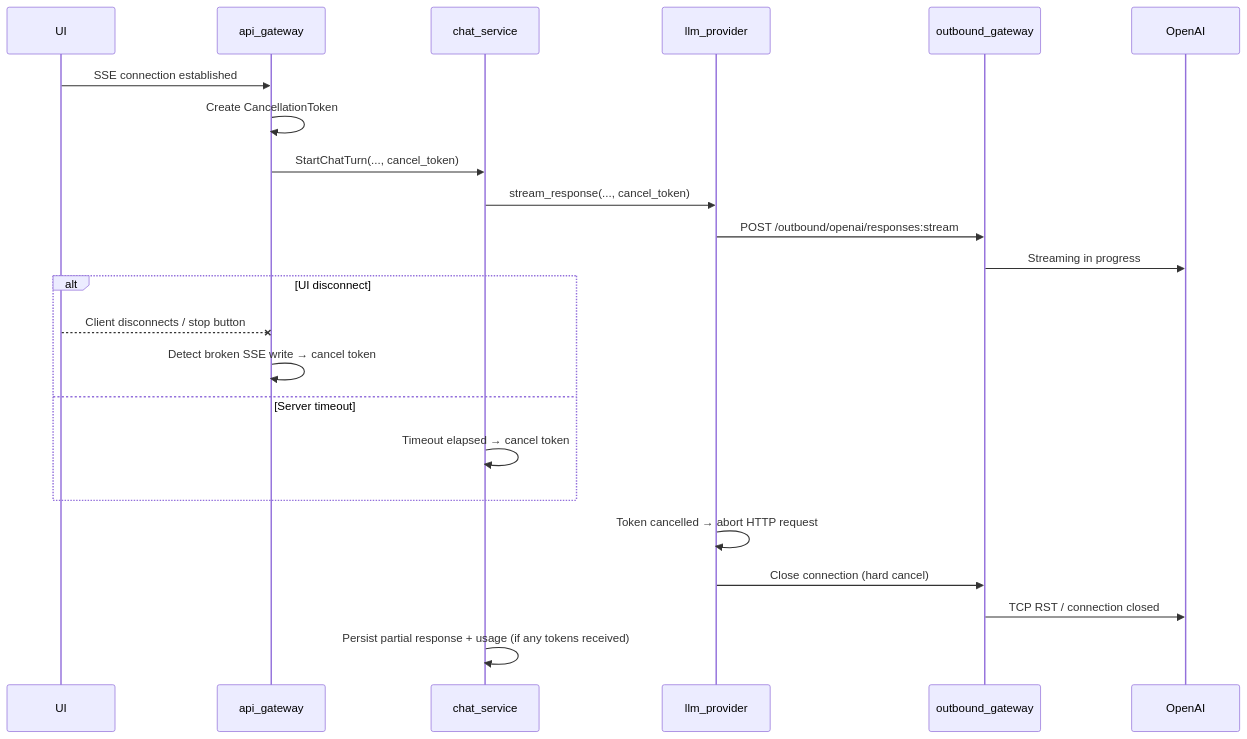
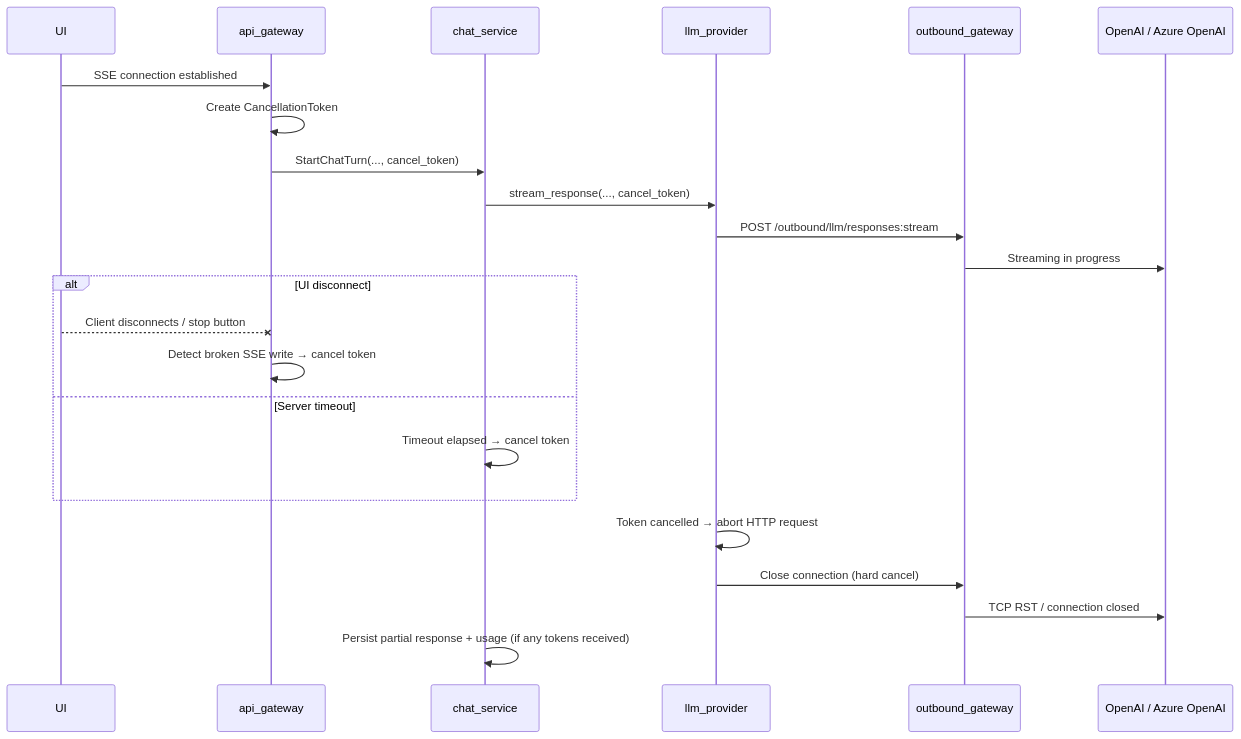
One commit to MikeFalcon77/hyperspot changed the fourth of 5 diagrams in modules/mini-chat/docs/DESIGN.md. Above: the diagram before and after it, drawn with Mermaid. The commit also changed other lines of this file, not shown here.

Commit message:
Azure API adoption

````diff
--- a/modules/mini-chat/docs/DESIGN.md
+++ b/modules/mini-chat/docs/DESIGN.md
@@ -425,28 +448,28 @@
 ```mermaid
 sequenceDiagram
     participant UI
     participant AG as api_gateway
     participant CS as chat_service
     participant LP as llm_provider
     participant OG as outbound_gateway
-    participant OAI as OpenAI
+    participant OAI as OpenAI / Azure OpenAI
 
     UI->>AG: SSE connection established
     AG->>AG: Create CancellationToken
     AG->>CS: StartChatTurn(..., cancel_token)
     CS->>LP: stream_response(..., cancel_token)
-    LP->>OG: POST /outbound/openai/responses:stream
+    LP->>OG: POST /outbound/llm/responses:stream
     OG->>OAI: Streaming in progress
 
     alt UI disconnect
         UI--xAG: Client disconnects / stop button
         AG->>AG: Detect broken SSE write → cancel token
     else Server timeout
         CS->>CS: Timeout elapsed → cancel token
     end
 
     LP->>LP: Token cancelled → abort HTTP request
     LP->>OG: Close connection (hard cancel)
     OG->>OAI: TCP RST / connection closed
     CS->>CS: Persist partial response + usage (if any tokens received)
 ```
````
